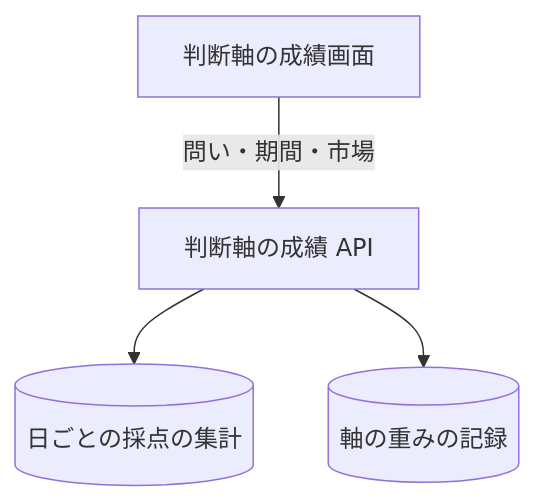
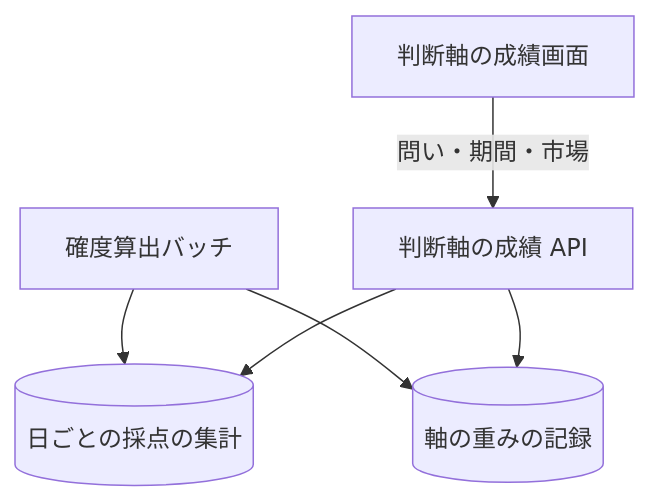
One commit to nagiyu/nagiyu-platform changed the diagram in docs/specs/stock-tracker/api/axis-performance.md. Above: the diagram before and after it, drawn with Mermaid. The commit also changed other lines of this file and 26 other files, not shown here.

````diff
--- a/docs/specs/stock-tracker/api/axis-performance.md
+++ b/docs/specs/stock-tracker/api/axis-performance.md
@@ -65,6 +65,8 @@
 ```mermaid
 flowchart TD
     S[判断軸の成績画面] -->|問い・期間・市場| A[判断軸の成績 API]
-    A --> P[(日ごとの採点の集計)]
-    A --> M[(軸の重みの記録)]
+    B[確度算出バッチ] --> P[(日ごとの採点の集計)]
+    B --> M[(軸の重みの記録)]
+    A --> P
+    A --> M
 ```
````
